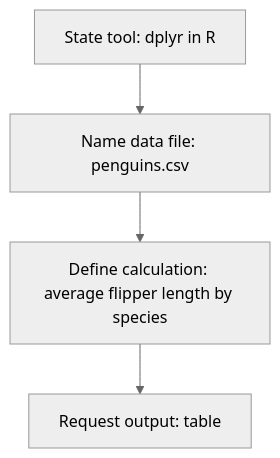
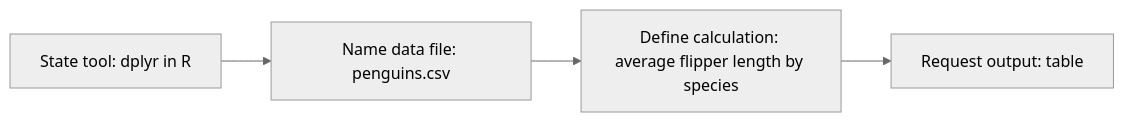
One commit to ubc-library-rc/ai_for_coding changed the second of 2 diagrams in content/workshops/01_concepts_and_context.md. Above: the diagram before and after it, drawn with Mermaid (neutral theme). The commit also changed other lines of this file, not shown here.

Commit message:
Part 1 final draft w edits

````diff
--- a/content/workshops/01_concepts_and_context.md
+++ b/content/workshops/01_concepts_and_context.md
@@ -95,8 +97,8 @@
 ```mermaid
-flowchart TD
+flowchart LR
     A[State tool: dplyr in R]
     B[Name data file: penguins.csv]
     C[Define calculation: average flipper length by species]
     D[Request output: table]
     A --> B --> C --> D
 ```
````
